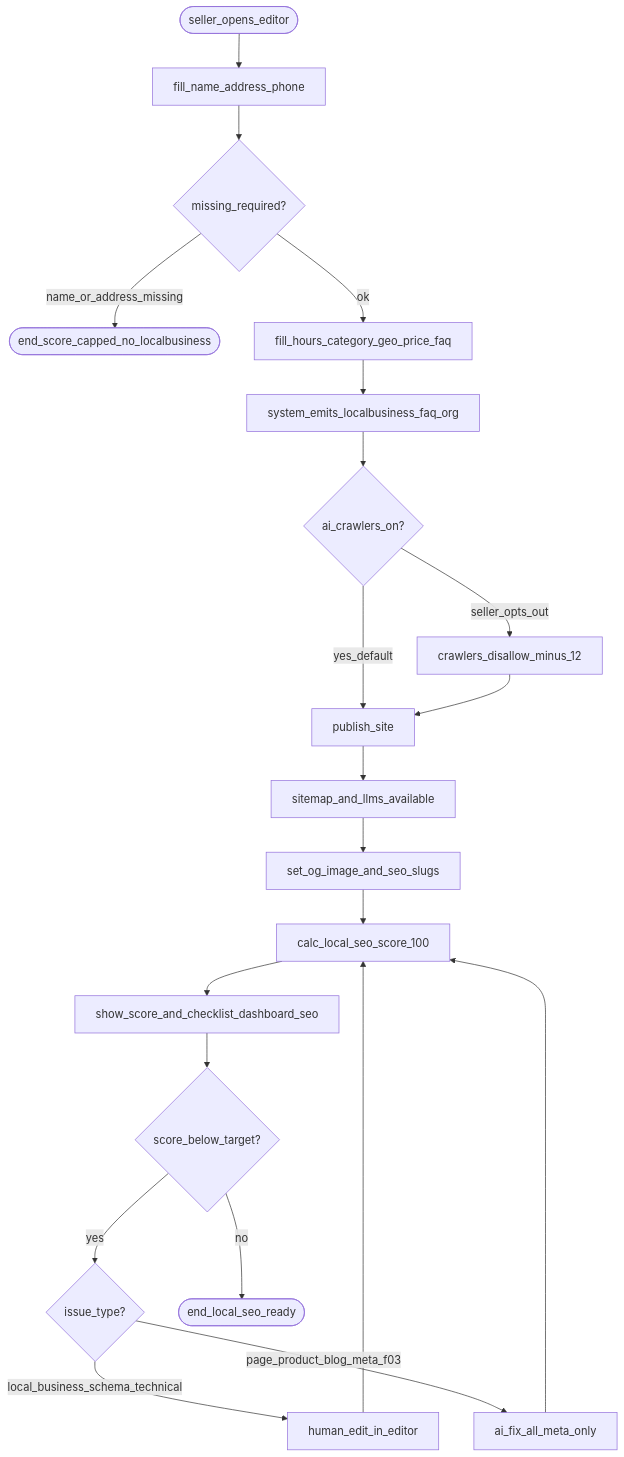
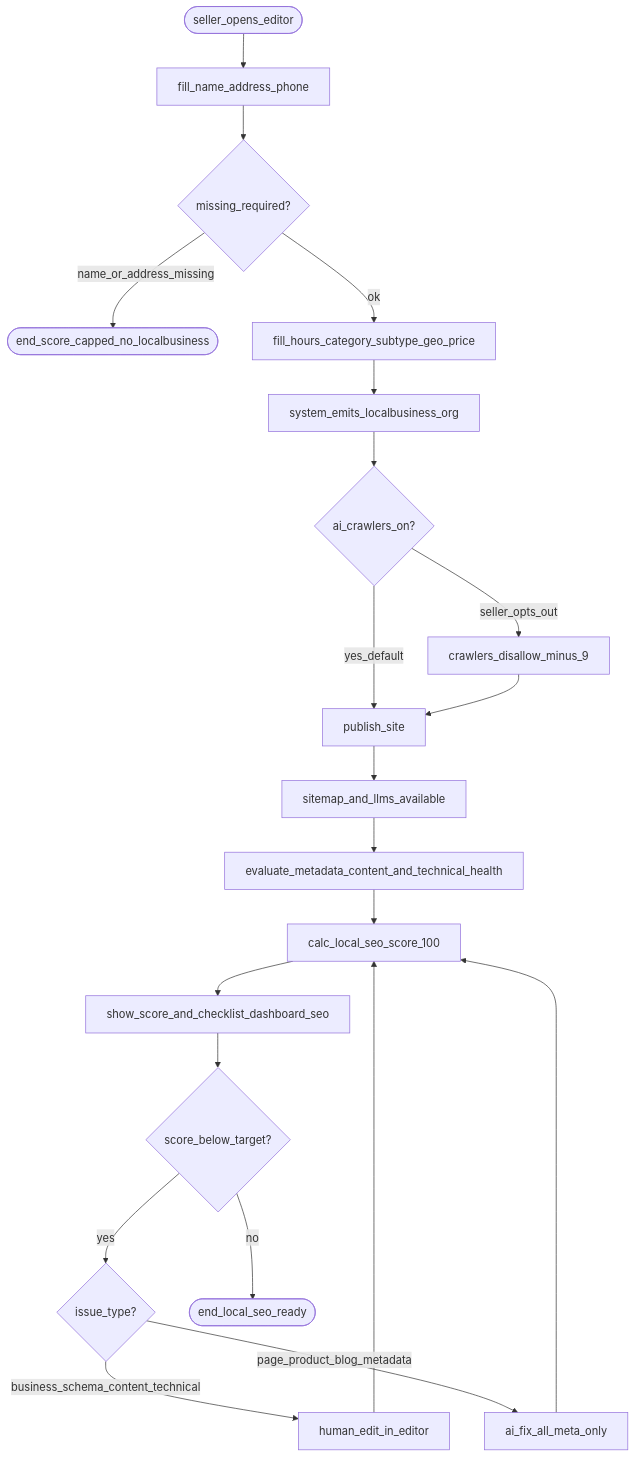
One commit to tranjunp2-cloud/Build-WebStore- changed the diagram in docs/prd/F37-local-seo-search-performance.md. Above: the diagram before and after it, drawn with Mermaid. The commit also changed other lines of this file and 9 other files, not shown here.

Commit message:
docs(F37): align SEO health and subtype contracts

````diff
--- a/docs/prd/F37-local-seo-search-performance.md
+++ b/docs/prd/F37-local-seo-search-performance.md
@@ -115,23 +133,23 @@
 ```mermaid
 flowchart TB
   start([seller_opens_editor]) --> fill_minimal[fill_name_address_phone]
   fill_minimal --> incomplete{missing_required?}
   incomplete -->|name_or_address_missing| end_blocked([end_score_capped_no_localbusiness])
-  incomplete -->|ok| enrich_schema[fill_hours_category_geo_price_faq]
-  enrich_schema --> emit_jsonld[system_emits_localbusiness_faq_org]
+  incomplete -->|ok| enrich_schema[fill_hours_category_subtype_geo_price]
+  enrich_schema --> emit_jsonld[system_emits_localbusiness_org]
   emit_jsonld --> toggle_crawlers{ai_crawlers_on?}
   toggle_crawlers -->|yes_default| publish_site[publish_site]
-  toggle_crawlers -->|seller_opts_out| crawlers_off[crawlers_disallow_minus_12]
+  toggle_crawlers -->|seller_opts_out| crawlers_off[crawlers_disallow_minus_9]
   crawlers_off --> publish_site
   publish_site --> sitemap_ok[sitemap_and_llms_available]
-  sitemap_ok --> set_og_slug[set_og_image_and_seo_slugs]
-  set_og_slug --> calc_score[calc_local_seo_score_100]
+  sitemap_ok --> evaluate_health[evaluate_metadata_content_and_technical_health]
+  evaluate_health --> calc_score[calc_local_seo_score_100]
   calc_score --> show_dashboard[show_score_and_checklist_dashboard_seo]
   show_dashboard --> fix_loop{score_below_target?}
   fix_loop -->|yes| edit_or_ai{issue_type?}
-  edit_or_ai -->|local_business_schema_technical| human_edit[human_edit_in_editor]
-  edit_or_ai -->|page_product_blog_meta_f03| ai_fix_all[ai_fix_all_meta_only]
+  edit_or_ai -->|business_schema_content_technical| human_edit[human_edit_in_editor]
+  edit_or_ai -->|page_product_blog_metadata| ai_fix_all[ai_fix_all_meta_only]
   human_edit --> calc_score
   ai_fix_all --> calc_score
   fix_loop -->|no| end_ok([end_local_seo_ready])
 ```
````
